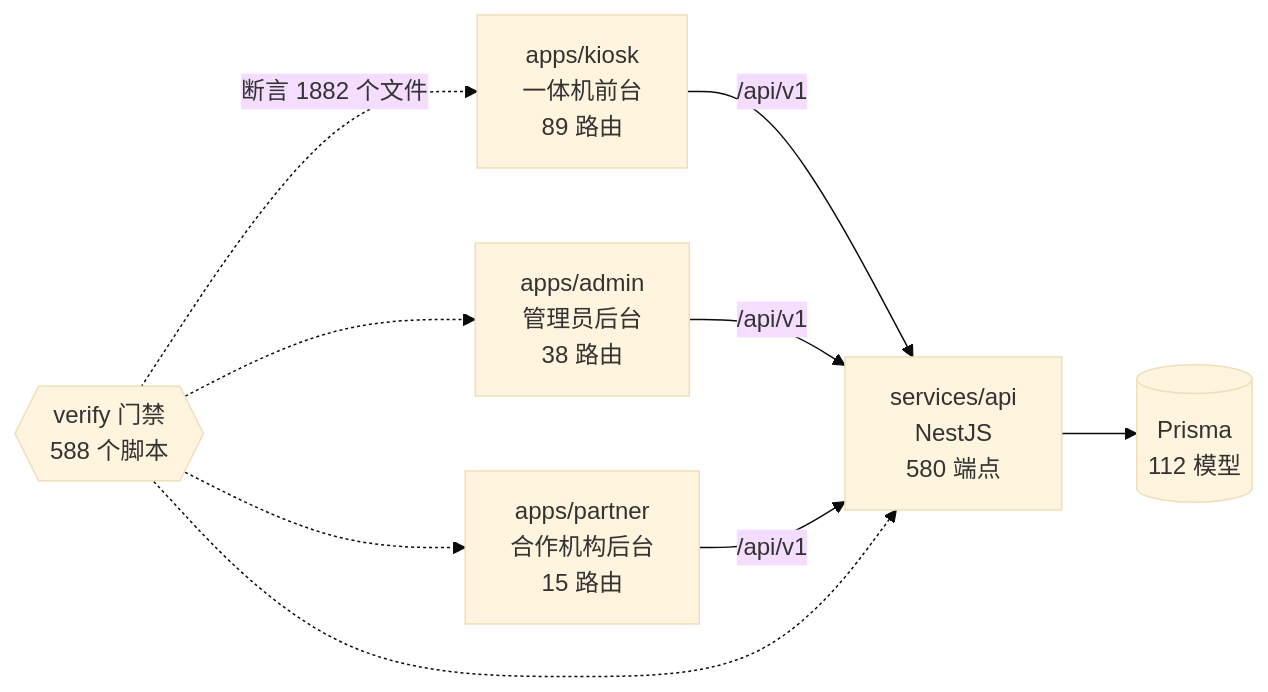
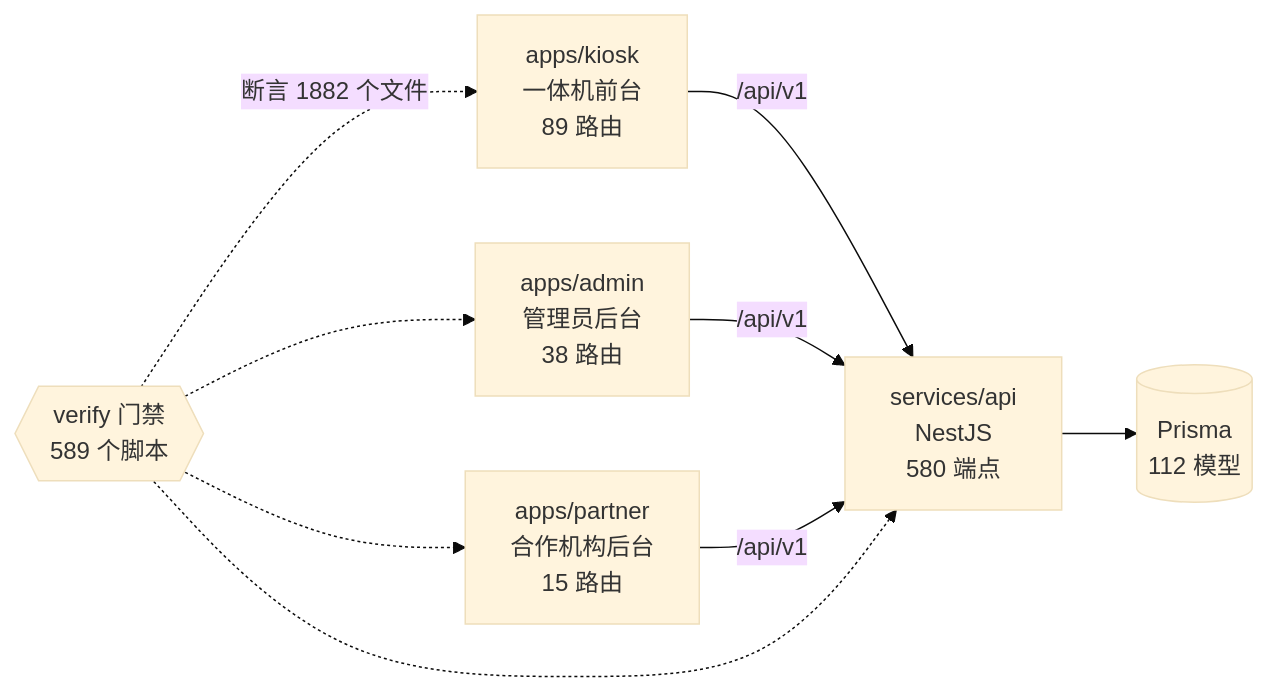
The diagram in docs/graph/README.md (wanglei581/YITIJI), drawn with Mermaid (base theme) before and after one commit. The commit also changed other lines of this file and 2 other files, not shown here.

Commit message:
chore(graph): 重生图谱

````diff
--- a/docs/graph/README.md
+++ b/docs/graph/README.md
@@ -68,18 +68,18 @@
 ```mermaid
 flowchart LR
   kiosk["apps/kiosk<br/>一体机前台<br/>89 路由"]
   admin["apps/admin<br/>管理员后台<br/>38 路由"]
   partner["apps/partner<br/>合作机构后台<br/>15 路由"]
   api["services/api<br/>NestJS<br/>580 端点"]
   db[("Prisma<br/>112 模型")]
-  gates{{"verify 门禁<br/>588 个脚本"}}
+  gates{{"verify 门禁<br/>589 个脚本"}}
 
   kiosk -->|"/api/v1"| api
   admin -->|"/api/v1"| api
   partner -->|"/api/v1"| api
   api --> db
   gates -.->|"断言 1882 个文件"| kiosk
   gates -.-> admin
   gates -.-> partner
   gates -.-> api
 ```
````
